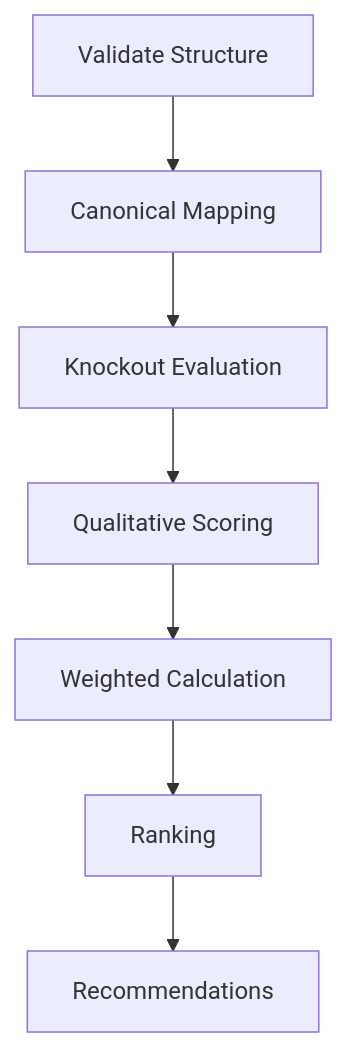
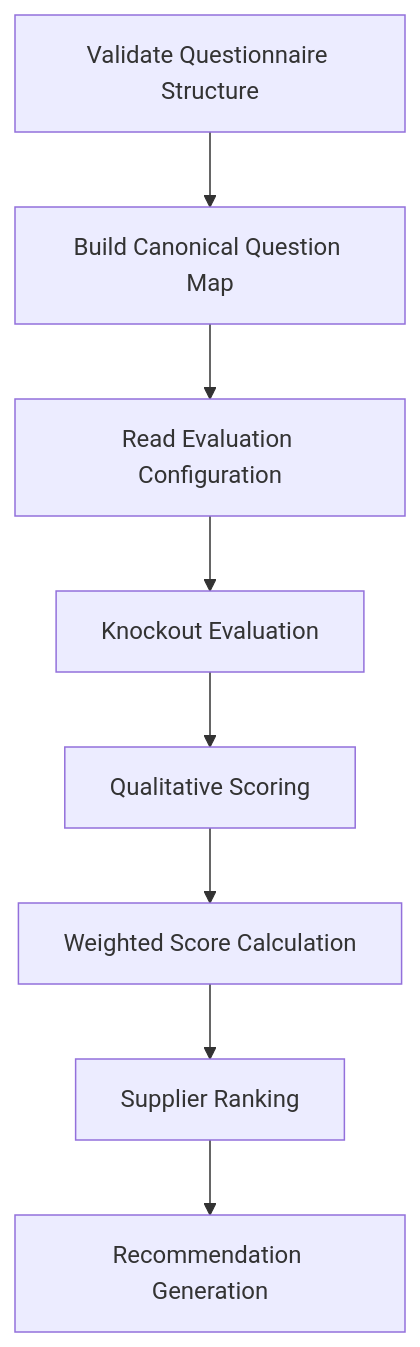
One commit to adityarane-ai/Agentic-Orchestrations changed the third of 7 diagrams in Bid Analysis Agent/04-System-Architecture.md. Above: the diagram before and after it, drawn with Mermaid. The commit also changed other lines of this file, not shown here.

````diff
--- a/Bid Analysis Agent/04-System-Architecture.md
+++ b/Bid Analysis Agent/04-System-Architecture.md
@@ -217,29 +310,33 @@
 ```mermaid
 flowchart TD
 
-A[Validate Structure]
+A[Validate Questionnaire Structure]
 
-B[Canonical Mapping]
+B[Build Canonical Question Map]
 
-C[Knockout Evaluation]
+C[Read Evaluation Configuration]
 
-D[Qualitative Scoring]
+D[Knockout Evaluation]
 
-E[Weighted Calculation]
+E[Qualitative Scoring]
 
-F[Ranking]
+F[Weighted Score Calculation]
 
-G[Recommendations]
+G[Supplier Ranking]
+
+H[Recommendation Generation]
 
 A --> B
 
 B --> C
 
 C --> D
 
 D --> E
 
 E --> F
 
 F --> G
+
+G --> H
 ```
````
